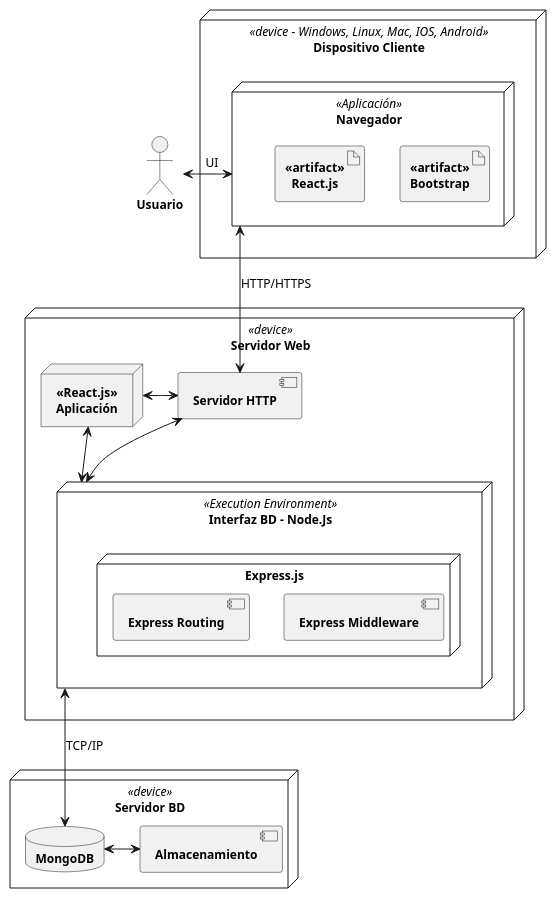
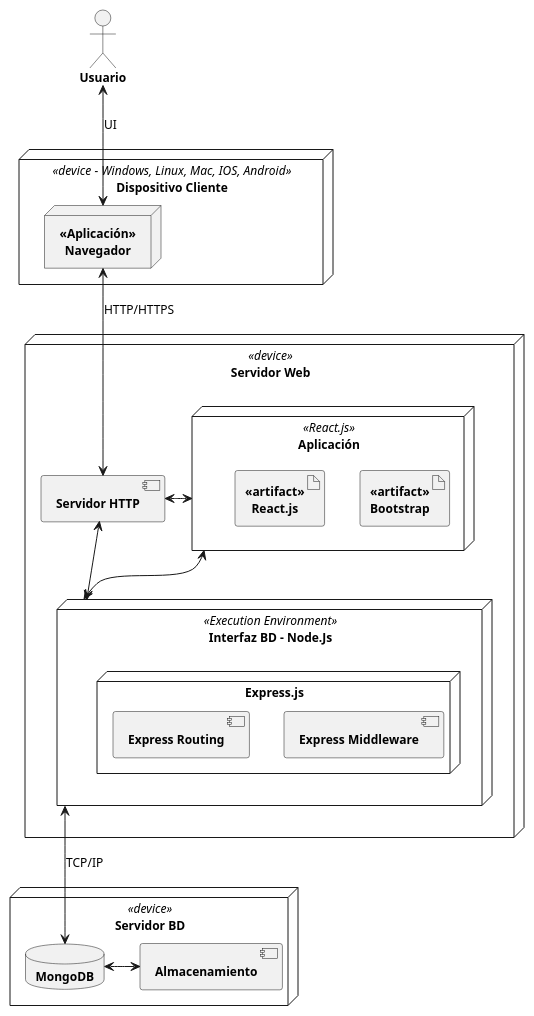
Before and after one commit to proyectoCiclo4MinTic/instaYa: the diagram in assets-documento/puml/diagrama-despliegue01.puml, drawn with PlantUML. The commit also changed 3 other files, not shown here.

```diff
--- a/assets-documento/puml/diagrama-despliegue01.puml
+++ b/assets-documento/puml/diagrama-despliegue01.puml
@@ -1,86 +1,86 @@
 @startuml
 <style>
 title{
 	FontName JetBrains Mono
 	FontStyle Bold
 	FontSize 14
 }
 componentDiagram{
 	FontName JetBrains Mono
 	FontSize 12
 }
 
 </style>
 
 ' !include https://raw.githubusercontent.com/ptrkcsk/one-dark-plantuml-theme/v1.0.0/theme.puml
 
 ' title Diagrama de Despliegue\nSistema de Reserva\npara Plataforma de Envíos InstaYA
 actor "Usuario"
 ' node node [
 ' <b>Sistema de Login
 ' ----
 ' Inicializa el panel de usuario
 ' Registra Usuario
 
 ' ]
 
 node "Dispositivo Cliente" <<device - Windows, Linux, Mac, IOS, Android>> {
 
     node Navegador <<Aplicación>> {
-        artifact Bootstrap <<artifact>>
-        artifact React.js <<artifact>>
     }
 
 }
 
 node "Servidor Web" <<device>> {
     node "Aplicación" <<React.js>> {
+        artifact Bootstrap <<artifact>>
+        artifact React.js <<artifact>>
         ' [Login]
         ' [Registro]
         ' [Listado Órdenes]
         ' [Registro Órdenes]
         ' [Actualización Órdenes]
 
     }
     component "Servidor HTTP"
     node "Interfaz BD - Node.Js" <<Execution Environment>> as IBD {
         node "Express.js" {
             [Express Middleware]
             [Express Routing]
 
         }
 
     }
 }
 
 node "Servidor BD" <<device>> {
 
     database "MongoDB"
     component "Almacenamiento"
 }
 
 ' node ISP <<Access Point>> {
 '     rectangle "???"
 ' }
 ' node "ISP"
 
 
-[Usuario] <-> Navegador : UI
+[Usuario] <--> Navegador : UI
 ' Navegador <--> ISP : HTTP/HTTPS
 ' ISP <--> [Servidor HTTP] : HTTP/HTTPS
 Navegador <--> [Servidor HTTP] : HTTP/HTTPS
 Aplicación <-> [Servidor HTTP]
 Aplicación <-> IBD
 [Servidor HTTP] <--> IBD
 
 
 ' [Navegador] <--> [Servidor HTTP] : <<HTTP/HTTPS>>\nISP
 IBD <--> [MongoDB] : TCP/IP
 [MongoDB] <-> [Almacenamiento]
 
 ' [Login] -> [Registro]
 ' [Login] --> [Listado Órdenes]
 ' [Listado Órdenes] -> [Actualización Órdenes]
 ' [Listado Órdenes] --> [Registro Órdenes]
 
 @enduml
```
